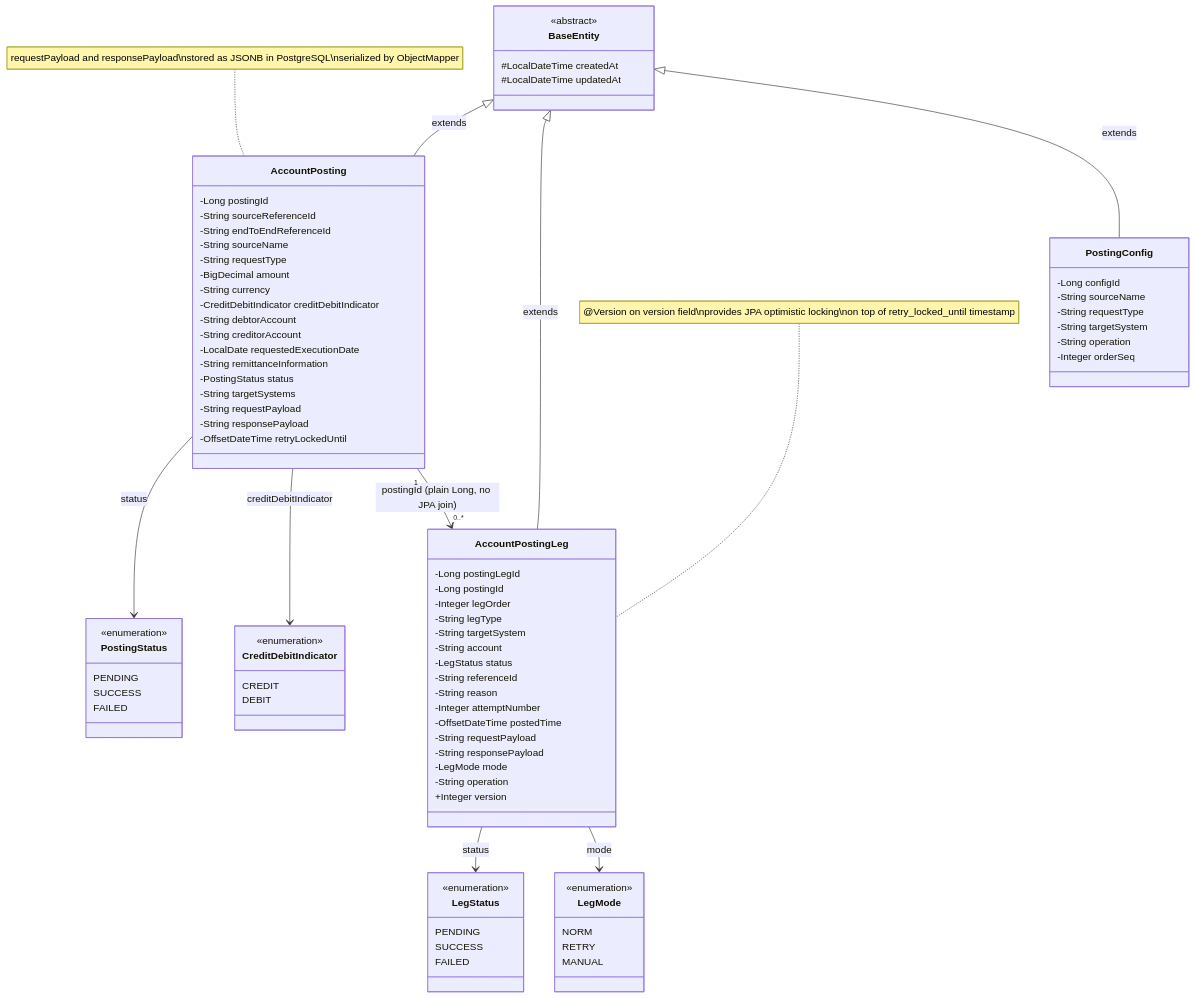
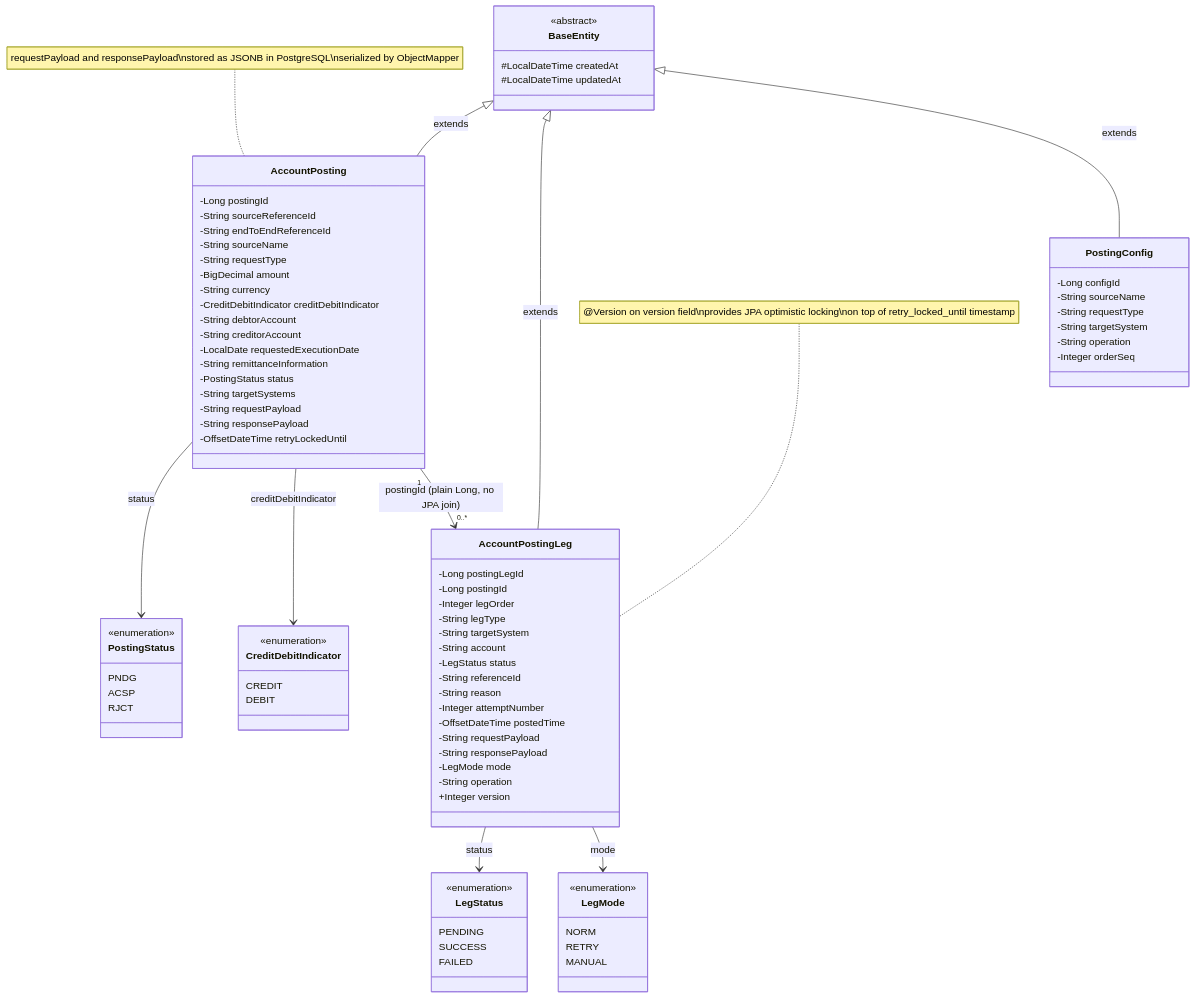
Before and after one commit to sajithraj/account-posting: the second of 4 diagrams in docs/08-class-diagram.md, drawn with Mermaid. The commit also changed other lines of this file and 5 other files, not shown here.

```diff
--- a/docs/08-class-diagram.md
+++ b/docs/08-class-diagram.md
@@ -86,9 +94,9 @@
 
     class PostingStatus {
         <<enumeration>>
-        PENDING
-        SUCCESS
-        FAILED
+        PNDG
+        ACSP
+        RJCT
     }
 
     class CreditDebitIndicator {
```
